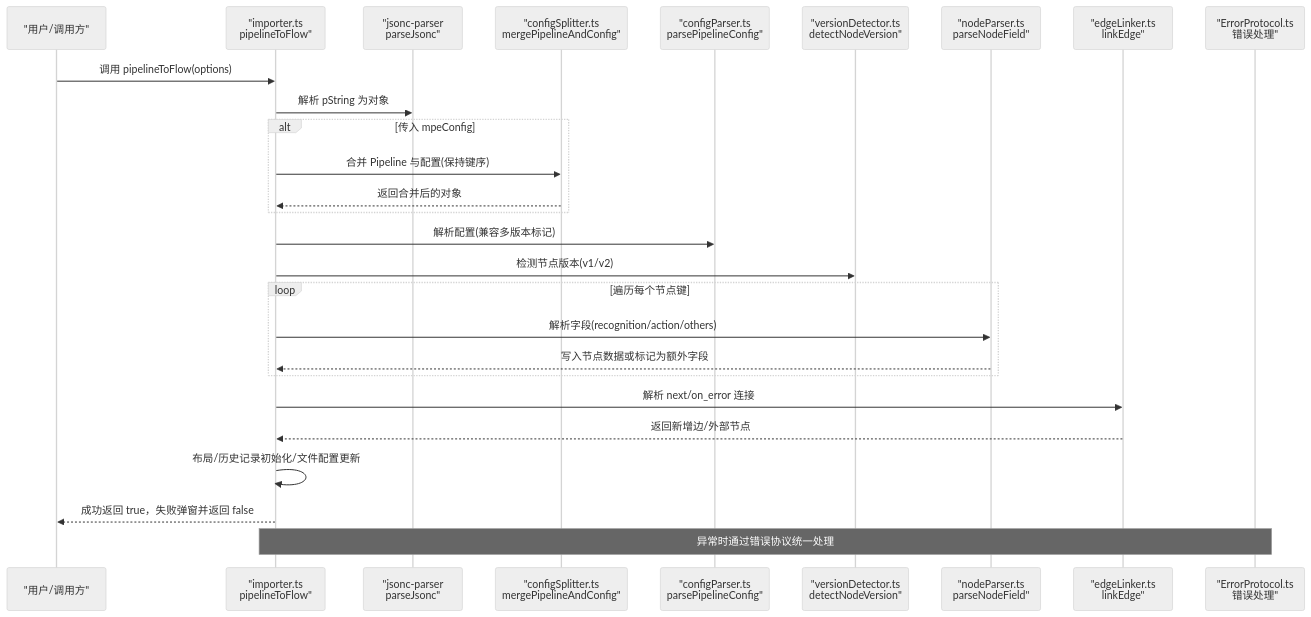
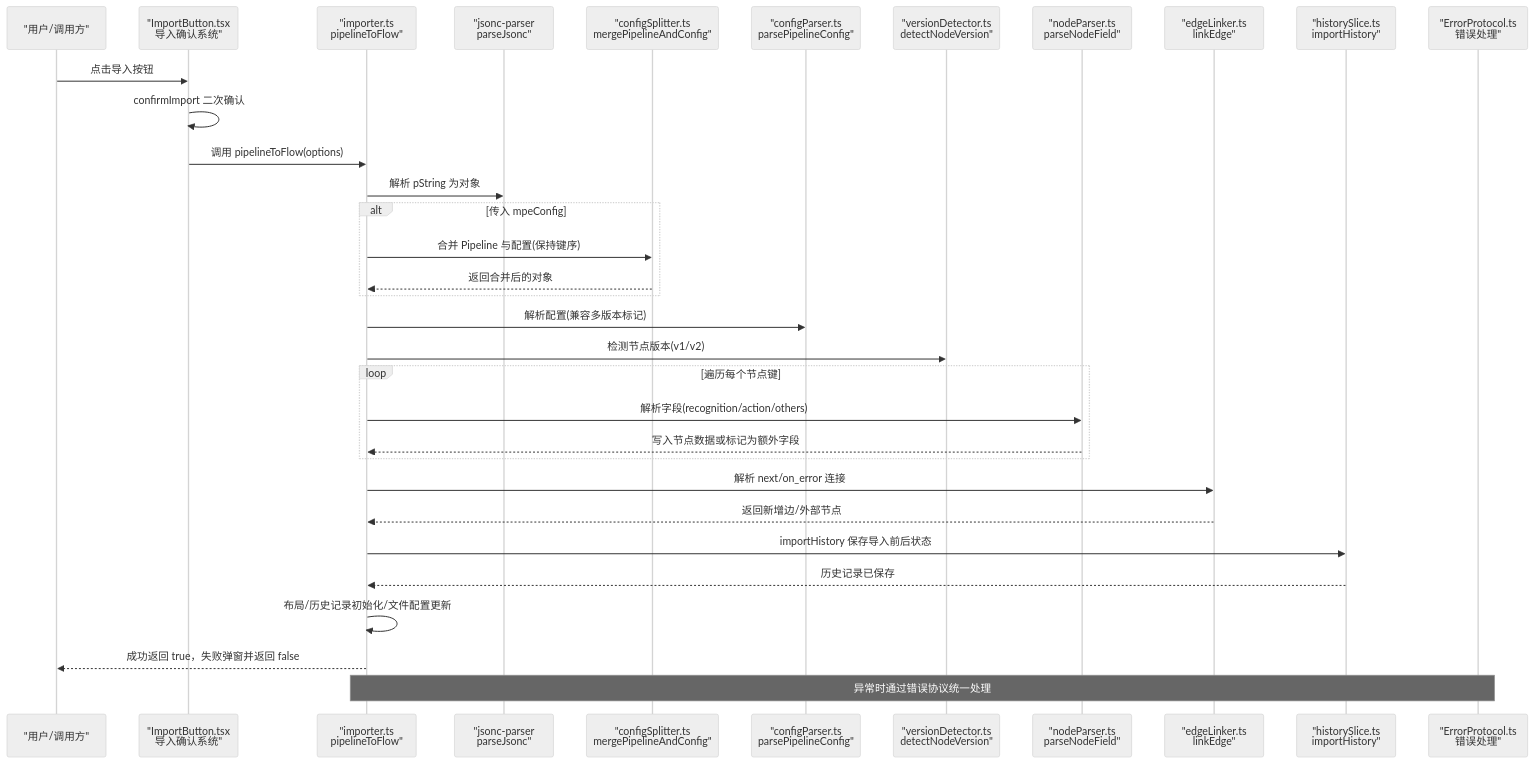
The second of 10 diagrams in .qoder/repowiki/zh/content/解析器系统/导入器模块.md (kqcoxn/MaaPipelineEditor), drawn with Mermaid (neutral theme) before and after one commit. The commit also changed other lines of this file and 37 other files, not shown here.

````diff
--- a/.qoder/repowiki/zh/content/解析器系统/导入器模块.md
+++ b/.qoder/repowiki/zh/content/解析器系统/导入器模块.md
@@ -105,29 +128,35 @@
 ```mermaid
 sequenceDiagram
 participant U as "用户/调用方"
+participant IB as "ImportButton.tsx<br/>导入确认系统"
 participant I as "importer.ts<br/>pipelineToFlow"
 participant JC as "jsonc-parser<br/>parseJsonc"
 participant CS as "configSplitter.ts<br/>mergePipelineAndConfig"
 participant CP as "configParser.ts<br/>parsePipelineConfig"
 participant VD as "versionDetector.ts<br/>detectNodeVersion"
 participant NP as "nodeParser.ts<br/>parseNodeField"
 participant EL as "edgeLinker.ts<br/>linkEdge"
+participant HS as "historySlice.ts<br/>importHistory"
 participant EH as "ErrorProtocol.ts<br/>错误处理"
-U->>I : 调用 pipelineToFlow(options)
+U->>IB : 点击导入按钮
+IB->>IB : confirmImport 二次确认
+IB->>I : 调用 pipelineToFlow(options)
 I->>JC : 解析 pString 为对象
 alt 传入 mpeConfig
 I->>CS : 合并 Pipeline 与配置(保持键序)
 CS-->>I : 返回合并后的对象
 end
 I->>CP : 解析配置(兼容多版本标记)
 I->>VD : 检测节点版本(v1/v2)
 loop 遍历每个节点键
 I->>NP : 解析字段(recognition/action/others)
 NP-->>I : 写入节点数据或标记为额外字段
 end
 I->>EL : 解析 next/on_error 连接
 EL-->>I : 返回新增边/外部节点
+I->>HS : importHistory 保存导入前后状态
+HS-->>I : 历史记录已保存
 I->>I : 布局/历史记录初始化/文件配置更新
 I-->>U : 成功返回 true，失败弹窗并返回 false
 note over I,EH : 异常时通过错误协议统一处理
 ```
````
